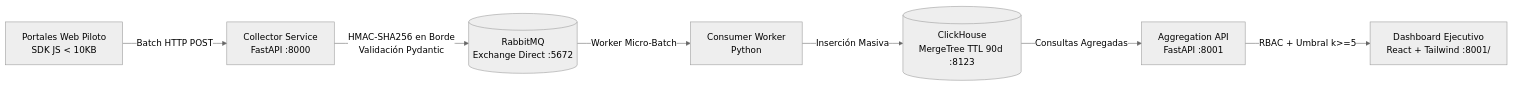
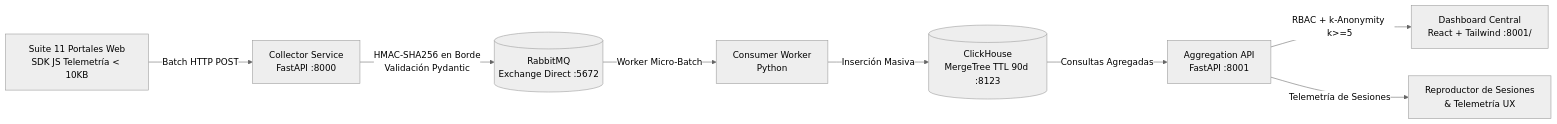
Before and after one commit to Jaleman9/PORTAL-MONITOREO: the diagram in README.md, drawn with Mermaid (neutral theme). The commit also changed other lines of this file, not shown here.

Commit message:
docs: actualizar README con suite 11 portales y metricas de usuario

````diff
--- a/README.md
+++ b/README.md
@@ -9,9 +27,10 @@
 ```mermaid
 flowchart LR
-    A[Portales Web Piloto\nSDK JS < 10KB] -->|Batch HTTP POST| B[Collector Service\nFastAPI :8000]
+    A[Suite 11 Portales Web\nSDK JS Telemetría < 10KB] -->|Batch HTTP POST| B[Collector Service\nFastAPI :8000]
     B -->|HMAC-SHA256 en Borde\nValidación Pydantic| C[(RabbitMQ\nExchange Direct :5672)]
     C -->|Worker Micro-Batch| D[Consumer Worker\nPython]
     D -->|Inserción Masiva| E[(ClickHouse\nMergeTree TTL 90d :8123)]
     E -->|Consultas Agregadas| F[Aggregation API\nFastAPI :8001]
-    F -->|RBAC + Umbral k>=5| G[Dashboard Ejecutivo\nReact + Tailwind :8001/]
+    F -->|RBAC + k-Anonymity k>=5| G[Dashboard Central\nReact + Tailwind :8001/]
+    F -->|Telemetría de Sesiones| H[Reproductor de Sesiones\n& Telemetría UX]
 ```
````
